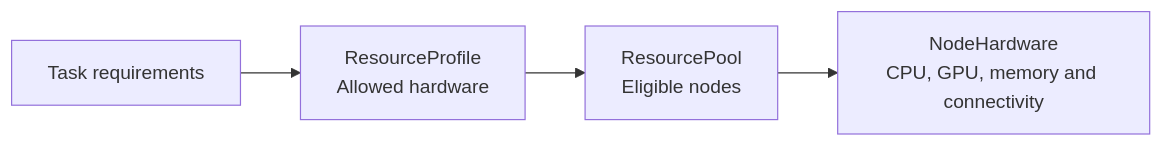
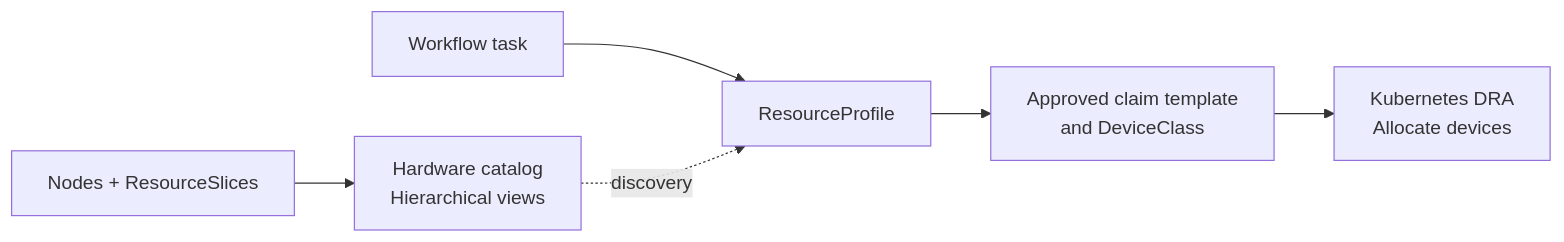
Before and after one commit to wsq2333/milos: the second of 2 diagrams in README.md, drawn with Mermaid. The commit also changed other lines of this file and 6 other files, not shown here.

Commit message:
docs: adopt DRA-backed resource design and summarize key features

````diff
--- a/README.md
+++ b/README.md
@@ -112,6 +128,8 @@
 ```mermaid
 flowchart LR
-    T["Task requirements"] --> P["ResourceProfile<br/>Allowed hardware"]
-    P --> R["ResourcePool<br/>Eligible nodes"]
-    R --> N["NodeHardware<br/>CPU, GPU, memory and connectivity"]
+    T["Workflow task"] --> P["ResourceProfile"]
+    P --> C["Approved claim template<br/>and DeviceClass"]
+    C --> D["Kubernetes DRA<br/>Allocate devices"]
+    I["Nodes + ResourceSlices"] --> V["Hardware catalog<br/>Hierarchical views"]
+    V -. "discovery" .-> P
 ```
````
